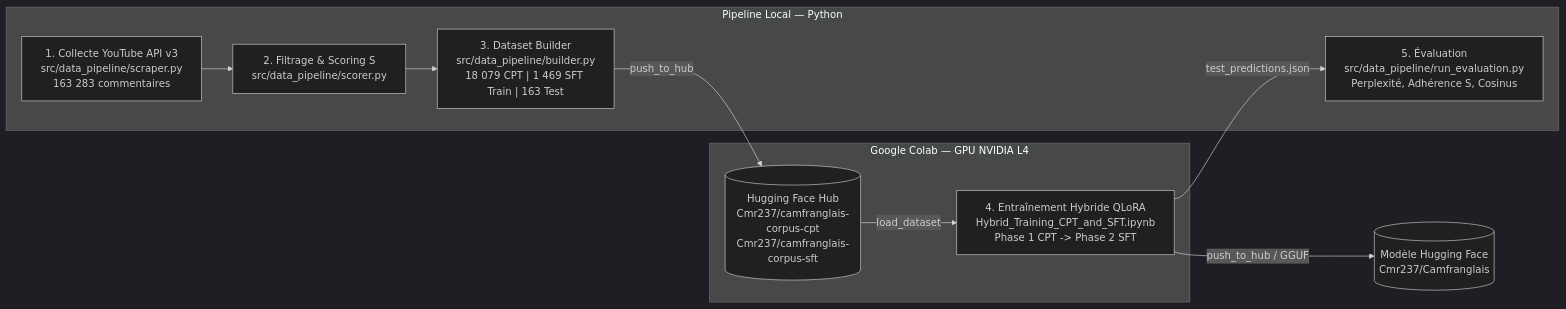
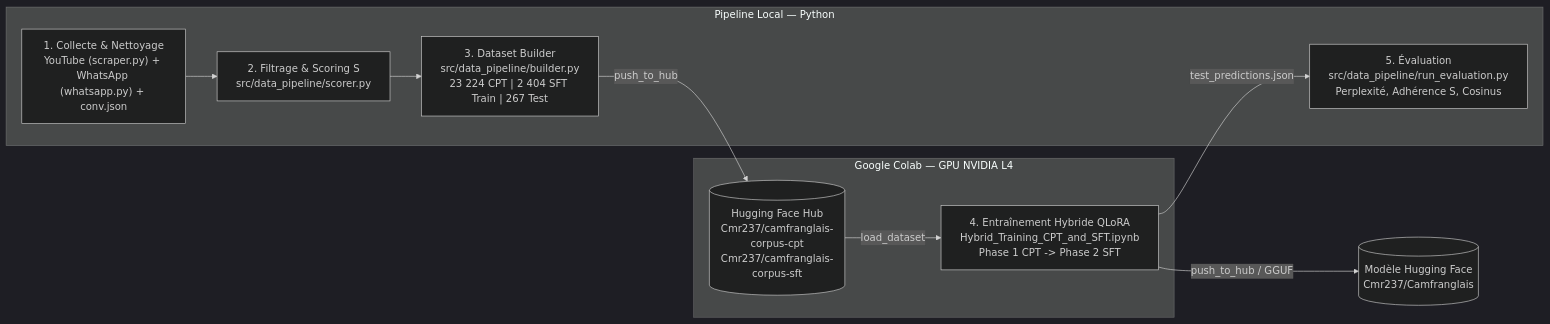
One commit to darylbdr/CameroonianLLM changed the diagram in README.md. Above: the diagram before and after it, drawn with Mermaid (dark theme). The commit also changed other lines of this file and 6 other files, not shown here.

````diff
--- a/README.md
+++ b/README.md
@@ -22,14 +22,14 @@
 ```mermaid
 flowchart LR
     subgraph LocalPC ["Pipeline Local — Python"]
-        A["1. Collecte YouTube API v3<br/>src/data_pipeline/scraper.py<br/>163 283 commentaires"] --> B["2. Filtrage & Scoring S<br/>src/data_pipeline/scorer.py"]
-        B --> C["3. Dataset Builder<br/>src/data_pipeline/builder.py<br/>18 079 CPT | 1 469 SFT Train | 163 Test"]
+        A["1. Collecte & Nettoyage<br/>YouTube (scraper.py) + WhatsApp (whatsapp.py) + conv.json"] --> B["2. Filtrage & Scoring S<br/>src/data_pipeline/scorer.py"]
+        B --> C["3. Dataset Builder<br/>src/data_pipeline/builder.py<br/>23 224 CPT | 2 404 SFT Train | 267 Test"]
         E["5. Évaluation<br/>src/data_pipeline/run_evaluation.py<br/>Perplexité, Adhérence S, Cosinus"]
     end
     C -->|"push_to_hub"| HF[("Hugging Face Hub<br/>Cmr237/camfranglais-corpus-cpt<br/>Cmr237/camfranglais-corpus-sft")]
     subgraph ColabGPU ["Google Colab — GPU NVIDIA L4"]
         HF -->|"load_dataset"| D["4. Entraînement Hybride QLoRA<br/>Hybrid_Training_CPT_and_SFT.ipynb<br/>Phase 1 CPT -> Phase 2 SFT"]
     end
     D -->|"push_to_hub / GGUF"| HFM[("Modèle Hugging Face<br/>Cmr237/Camfranglais")]
     D -->|"test_predictions.json"| E
 ```
````
